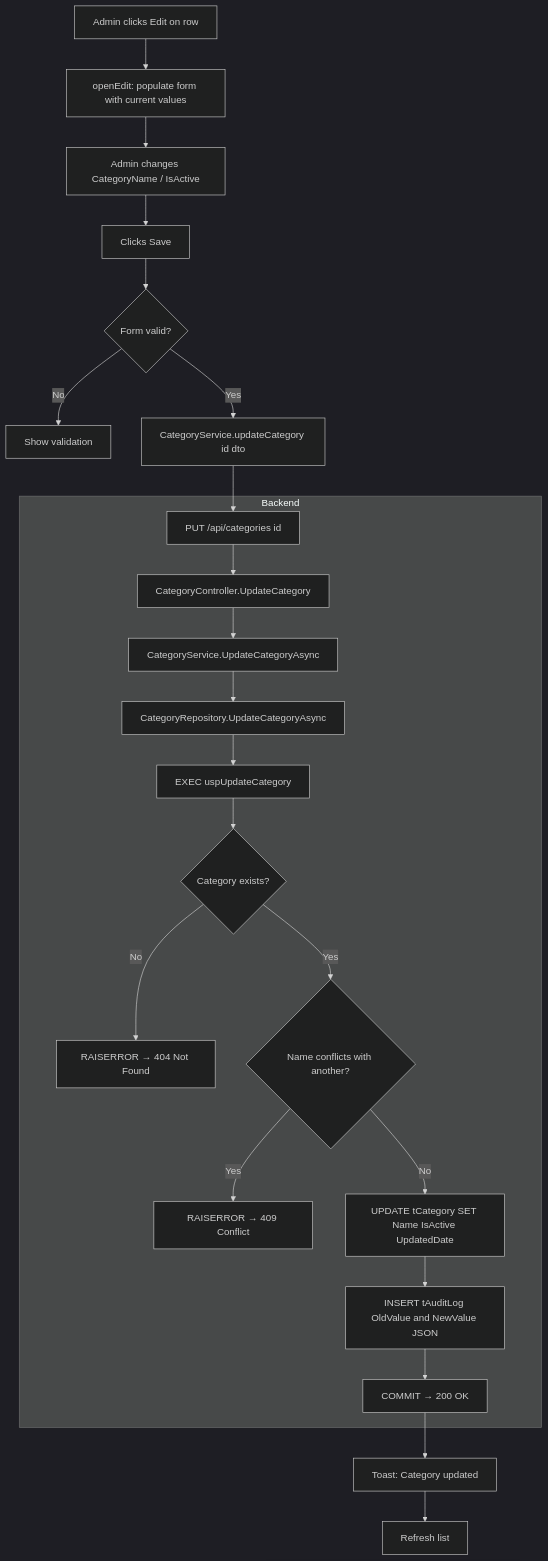
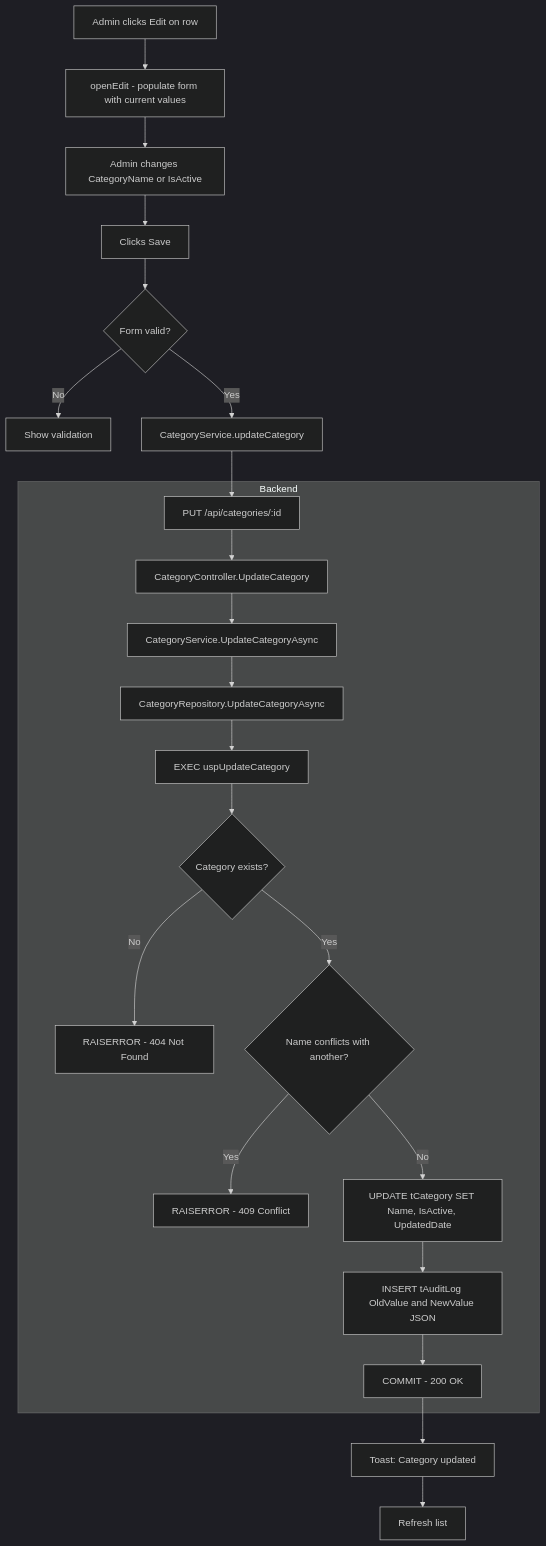
Before and after one commit to Dharunkumar-S/BudgetTrack: the ninth of 11 diagrams in Documentation/Category.md, drawn with Mermaid (dark theme). The commit also changed other lines of this file and 2 other files, not shown here.

````diff
--- a/Documentation/Category.md
+++ b/Documentation/Category.md
@@ -818,27 +818,27 @@
 ```mermaid
 flowchart TD
-    U[Admin clicks Edit on row] --> OE[openEdit: populate form with current values]
-    OE --> FORM[Admin changes CategoryName / IsActive]
-    FORM --> SAVE[Clicks Save]
-    SAVE --> VL{Form valid?}
-    VL -->|No| ERR[Show validation]
-    VL -->|Yes| SVC[CategoryService.updateCategory id dto]
-    SVC --> API[PUT /api/categories id]
+    U["Admin clicks Edit on row"] --> OE["openEdit - populate form with current values"]
+    OE --> FORM["Admin changes CategoryName or IsActive"]
+    FORM --> SAVE["Clicks Save"]
+    SAVE --> VL{"Form valid?"}
+    VL -->|"No"| ERR["Show validation"]
+    VL -->|"Yes"| SVC["CategoryService.updateCategory"]
+    SVC --> API["PUT /api/categories/:id"]
 
     subgraph Backend
-        API --> CTRL[CategoryController.UpdateCategory]
-        CTRL --> SRVC[CategoryService.UpdateCategoryAsync]
-        SRVC --> REPO[CategoryRepository.UpdateCategoryAsync]
-        REPO --> SP[EXEC uspUpdateCategory]
-        SP --> EXISTS{Category exists?}
-        EXISTS -->|No| E404[RAISERROR → 404 Not Found]
-        EXISTS -->|Yes| DUPCHK{Name conflicts with another?}
-        DUPCHK -->|Yes| E409[RAISERROR → 409 Conflict]
-        DUPCHK -->|No| UPD[UPDATE tCategory SET Name IsActive UpdatedDate]
-        UPD --> AUDIT[INSERT tAuditLog OldValue and NewValue JSON]
-        AUDIT --> COMMIT[COMMIT → 200 OK]
+        API --> CTRL["CategoryController.UpdateCategory"]
+        CTRL --> SRVC["CategoryService.UpdateCategoryAsync"]
+        SRVC --> REPO["CategoryRepository.UpdateCategoryAsync"]
+        REPO --> SP["EXEC uspUpdateCategory"]
+        SP --> EXISTS{"Category exists?"}
+        EXISTS -->|"No"| E404["RAISERROR - 404 Not Found"]
+        EXISTS -->|"Yes"| DUPCHK{"Name conflicts with another?"}
+        DUPCHK -->|"Yes"| E409["RAISERROR - 409 Conflict"]
+        DUPCHK -->|"No"| UPD["UPDATE tCategory SET Name, IsActive, UpdatedDate"]
+        UPD --> AUDIT["INSERT tAuditLog OldValue and NewValue JSON"]
+        AUDIT --> COMMIT["COMMIT - 200 OK"]
     end
 
-    COMMIT --> TOAST[Toast: Category updated]
-    TOAST --> RELOAD[Refresh list]
+    COMMIT --> TOAST["Toast: Category updated"]
+    TOAST --> RELOAD["Refresh list"]
 ```
````
